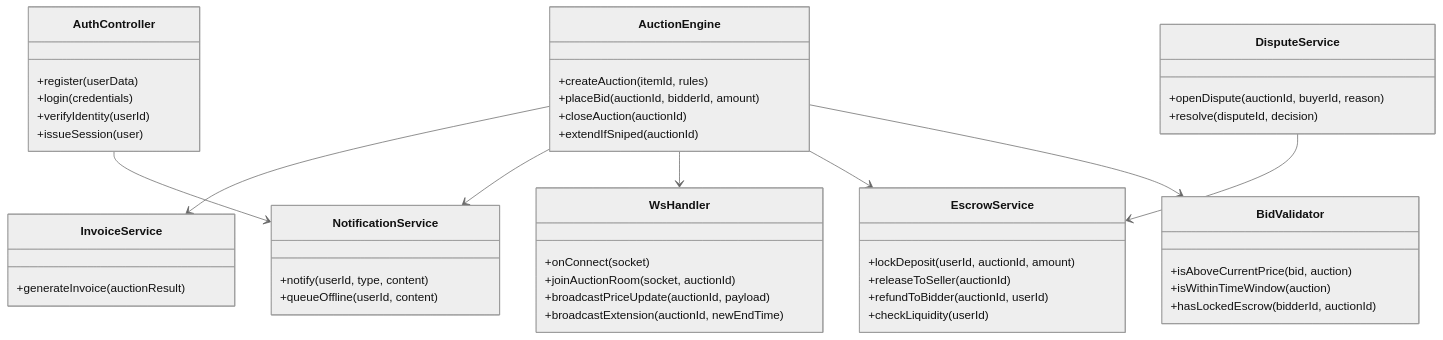
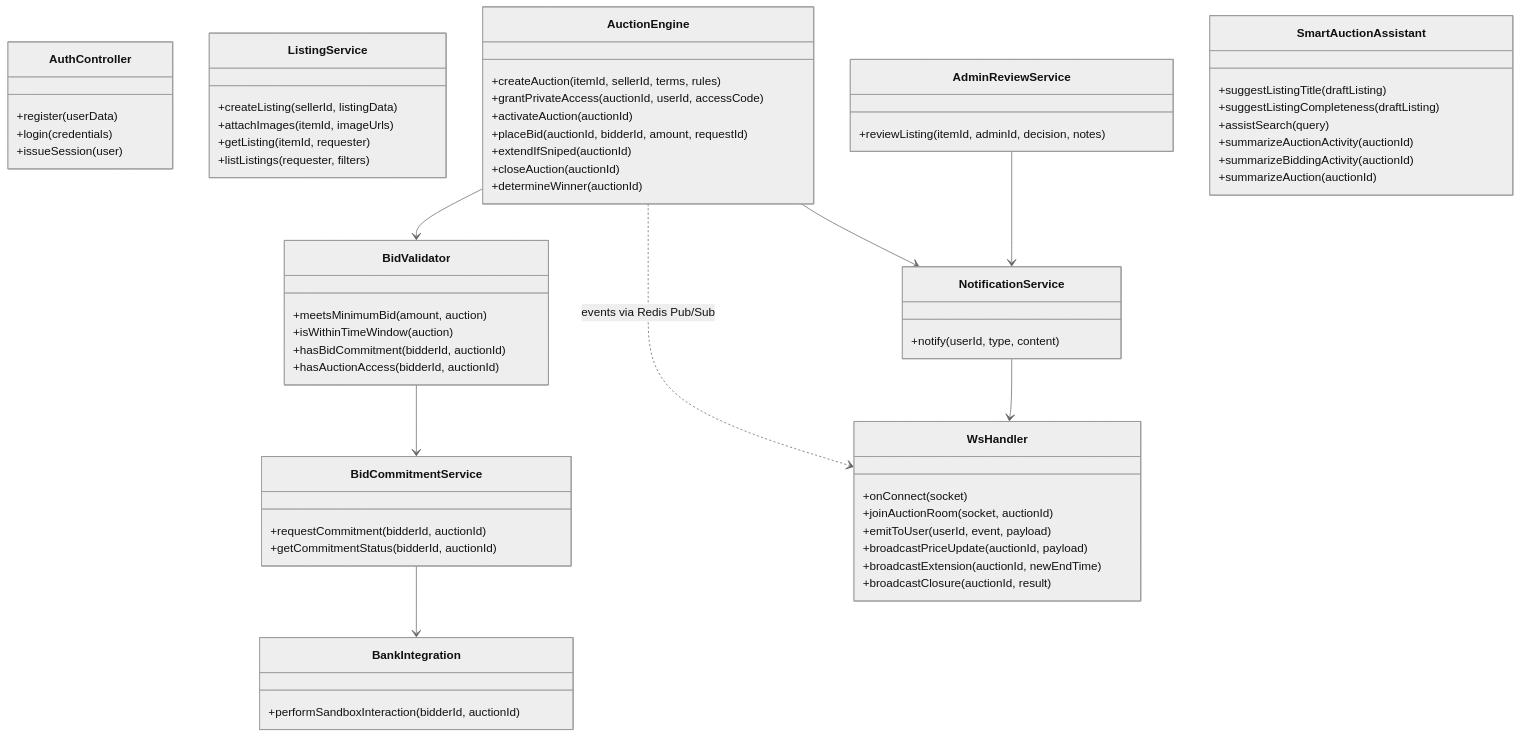
Before and after one commit to ghadi0alzhrani0/Mezyad: the third of 12 diagrams in Stage_3/Report.MD, drawn with Mermaid (neutral theme). The commit also changed other lines of this file, not shown here.

````diff
--- a/Stage_3/Report.MD
+++ b/Stage_3/Report.MD
@@ -136,50 +177,65 @@
 ```mermaid
 classDiagram
     class AuthController {
         +register(userData)
         +login(credentials)
-        +verifyIdentity(userId)
         +issueSession(user)
     }
+    class ListingService {
+        +createListing(sellerId, listingData)
+        +attachImages(itemId, imageUrls)
+        +getListing(itemId, requester)
+        +listListings(requester, filters)
+    }
+    class AdminReviewService {
+        +reviewListing(itemId, adminId, decision, notes)
+    }
     class AuctionEngine {
-        +createAuction(itemId, rules)
-        +placeBid(auctionId, bidderId, amount)
+        +createAuction(itemId, sellerId, terms, rules)
+        +grantPrivateAccess(auctionId, userId, accessCode)
+        +activateAuction(auctionId)
+        +placeBid(auctionId, bidderId, amount, requestId)
+        +extendIfSniped(auctionId)
         +closeAuction(auctionId)
-        +extendIfSniped(auctionId)
+        +determineWinner(auctionId)
     }
     class BidValidator {
-        +isAboveCurrentPrice(bid, auction)
+        +meetsMinimumBid(amount, auction)
         +isWithinTimeWindow(auction)
-        +hasLockedEscrow(bidderId, auctionId)
+        +hasBidCommitment(bidderId, auctionId)
+        +hasAuctionAccess(bidderId, auctionId)
     }
-    class EscrowService {
-        +lockDeposit(userId, auctionId, amount)
-        +releaseToSeller(auctionId)
-        +refundToBidder(auctionId, userId)
-        +checkLiquidity(userId)
+    class BidCommitmentService {
+        +requestCommitment(bidderId, auctionId)
+        +getCommitmentStatus(bidderId, auctionId)
+    }
+    class BankIntegration {
+        +performSandboxInteraction(bidderId, auctionId)
     }
     class WsHandler {
         +onConnect(socket)
         +joinAuctionRoom(socket, auctionId)
+        +emitToUser(userId, event, payload)
         +broadcastPriceUpdate(auctionId, payload)
         +broadcastExtension(auctionId, newEndTime)
+        +broadcastClosure(auctionId, result)
     }
     class NotificationService {
         +notify(userId, type, content)
-        +queueOffline(userId, content)
     }
-    class InvoiceService {
-        +generateInvoice(auctionResult)
-    }
-    class DisputeService {
-        +openDispute(auctionId, buyerId, reason)
-        +resolve(disputeId, decision)
+    class SmartAuctionAssistant {
+        +suggestListingTitle(draftListing)
+        +suggestListingCompleteness(draftListing)
+        +assistSearch(query)
+        +summarizeAuctionActivity(auctionId)
+        +summarizeBiddingActivity(auctionId)
+        +summarizeAuction(auctionId)
     }
     AuctionEngine --> BidValidator
-    AuctionEngine --> EscrowService
-    AuctionEngine --> WsHandler
+    AuctionEngine ..> WsHandler : events via Redis Pub/Sub
     AuctionEngine --> NotificationService
-    AuctionEngine --> InvoiceService
-    DisputeService --> EscrowService
-    AuthController --> NotificationService
+    BidValidator --> BidCommitmentService
+    BidCommitmentService --> BankIntegration
+    AdminReviewService --> NotificationService
+    NotificationService --> WsHandler
 ```
````
